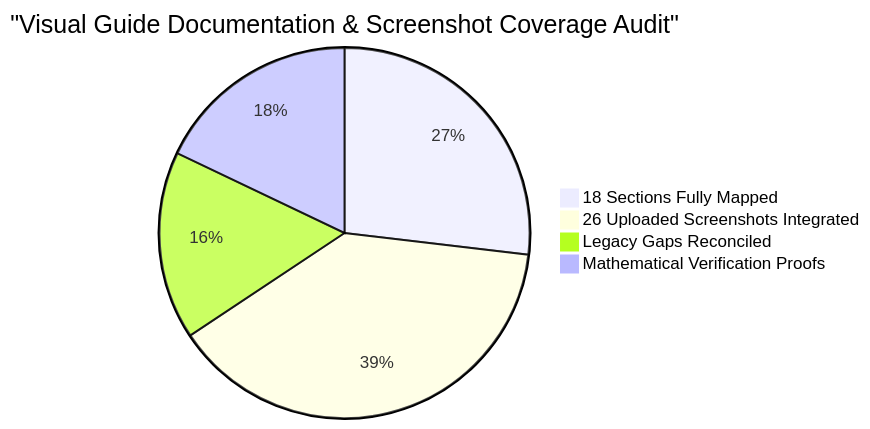
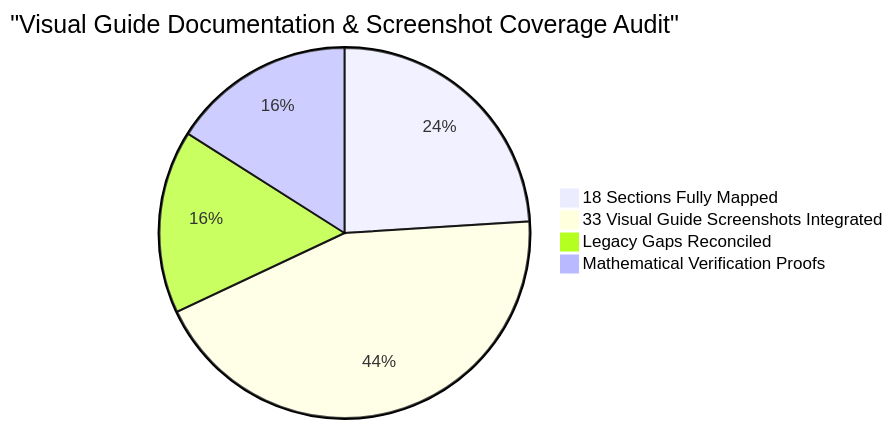
One commit to sushmitasingh008aug-lgtm/Railway_Project-final- changed the diagram in docs/presentation/DISCREPANCY_ANALYSIS.md. Above: the diagram before and after it, drawn with Mermaid. The commit also changed other lines of this file and 134 other files, not shown here.

````diff
--- a/docs/presentation/DISCREPANCY_ANALYSIS.md
+++ b/docs/presentation/DISCREPANCY_ANALYSIS.md
@@ -17,7 +17,7 @@
 ```mermaid
 pie title "Visual Guide Documentation & Screenshot Coverage Audit"
     "18 Sections Fully Mapped" : 18
-    "26 Uploaded Screenshots Integrated" : 26
-    "Legacy Gaps Reconciled" : 11
+    "33 Visual Guide Screenshots Integrated" : 33
+    "Legacy Gaps Reconciled" : 12
     "Mathematical Verification Proofs" : 12
 ```
````
